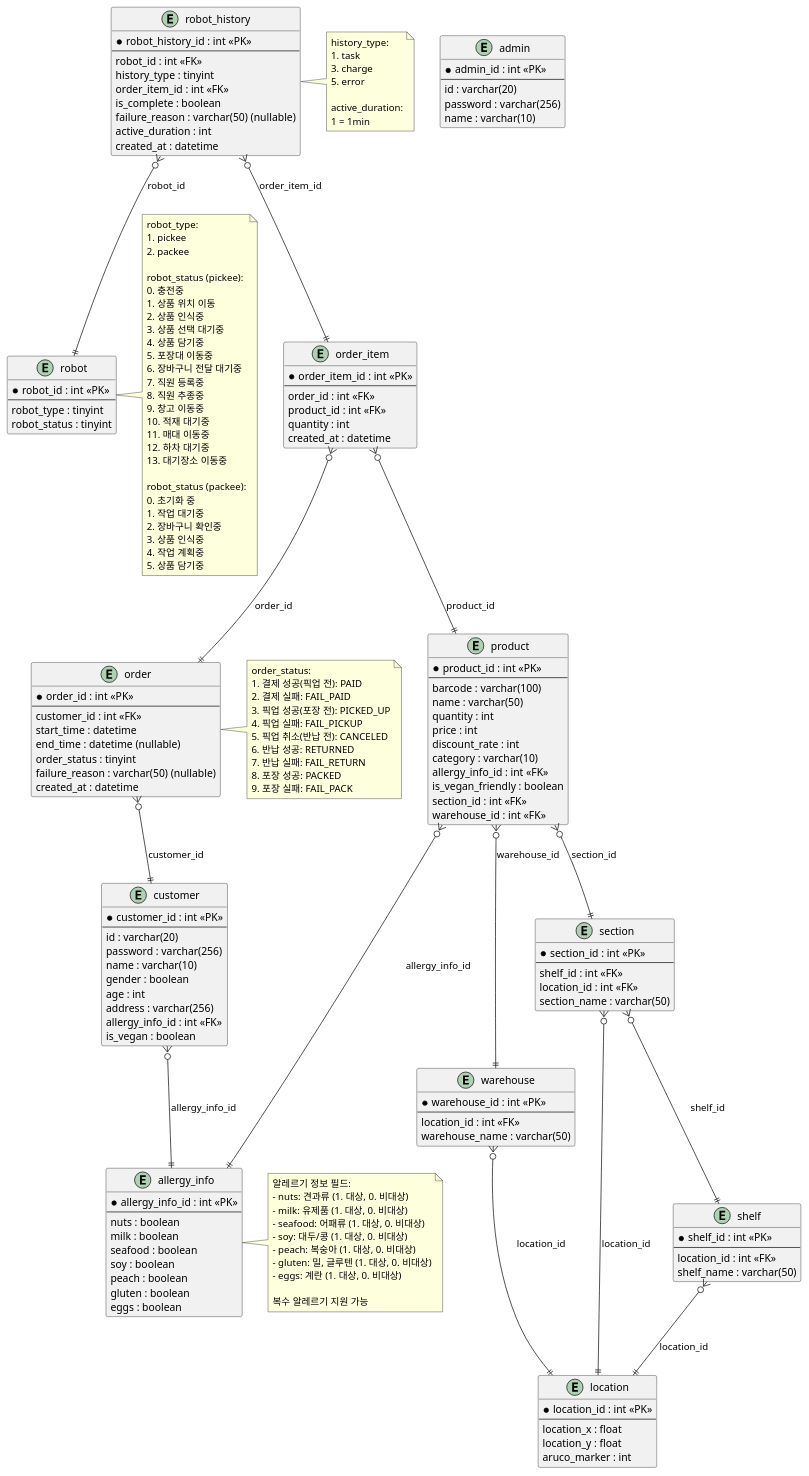
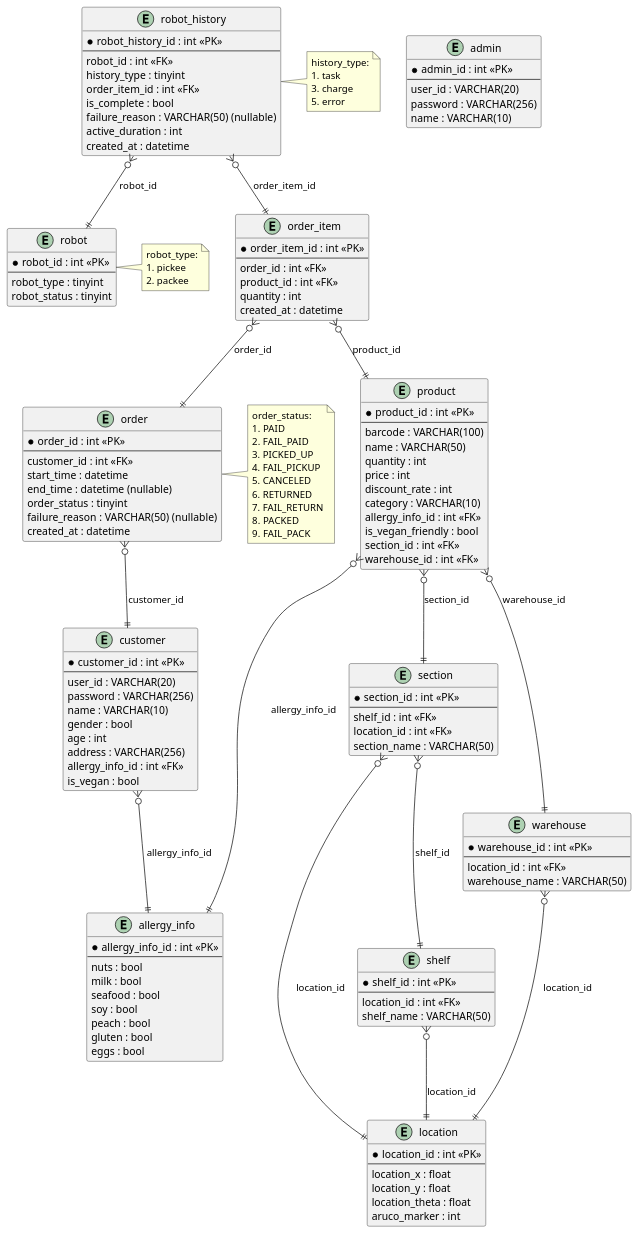
Before and after one commit to addinedu-roscamp-7th/roscamp-repo-1: the diagram in docs/ERDiagram/ERDiagram.md, drawn with PlantUML. The commit also changed 40 other files, not shown here.

```diff
--- a/docs/ERDiagram/ERDiagram.md
+++ b/docs/ERDiagram/ERDiagram.md
@@ -4,51 +4,66 @@
 '  Entity Definitions
 ' ==========================
 
-entity "customer" as customer {
+entity "admin" {
+  * admin_id : int <<PK>>
+  --
+  user_id : VARCHAR(20)
+  password : VARCHAR(256)
+  name : VARCHAR(10)
+}
+
+entity "customer" {
   * customer_id : int <<PK>>
   --
-  id : varchar(20)
-  password : varchar(256)
-  name : varchar(10)
-  gender : boolean
+  user_id : VARCHAR(20)
+  password : VARCHAR(256)
+  name : VARCHAR(10)
+  gender : bool
   age : int
-  address : varchar(256)
+  address : VARCHAR(256)
   allergy_info_id : int <<FK>>
-  is_vegan : boolean
+  is_vegan : bool
 }
 
-entity "admin" as admin {
-  * admin_id : int <<PK>>
+entity "allergy_info" {
+  * allergy_info_id : int <<PK>>
   --
-  id : varchar(20)
-  password : varchar(256)
-  name : varchar(10)
+  nuts : bool
+  milk : bool
+  seafood : bool
+  soy : bool
+  peach : bool
+  gluten : bool
+  eggs : bool
 }
 
-entity "allergy_info" as allergy_info {
-  * allergy_info_id : int <<PK>>
+entity "product" {
+  * product_id : int <<PK>>
   --
-  nuts : boolean
-  milk : boolean
-  seafood : boolean
-  soy : boolean
-  peach : boolean
-  gluten : boolean
-  eggs : boolean
+  barcode : VARCHAR(100)
+  name : VARCHAR(50)
+  quantity : int
+  price : int
+  discount_rate : int
+  category : VARCHAR(10)
+  allergy_info_id : int <<FK>>
+  is_vegan_friendly : bool
+  section_id : int <<FK>>
+  warehouse_id : int <<FK>>
 }
 
-entity "order" as order {
+entity "order" {
   * order_id : int <<PK>>
   --
   customer_id : int <<FK>>
   start_time : datetime
   end_time : datetime (nullable)
   order_status : tinyint
-  failure_reason : varchar(50) (nullable)
+  failure_reason : VARCHAR(50) (nullable)
   created_at : datetime
 }
 
-entity "order_item" as order_item {
+entity "order_item" {
   * order_item_id : int <<PK>>
   --
   order_id : int <<FK>>
@@ -57,68 +72,54 @@
   created_at : datetime
 }
 
-entity "product" as product {
-  * product_id : int <<PK>>
-  --
-  barcode : varchar(100)
-  name : varchar(50)
-  quantity : int
-  price : int
-  discount_rate : int
-  category : varchar(10)
-  allergy_info_id : int <<FK>>
-  is_vegan_friendly : boolean
-  section_id : int <<FK>>
-  warehouse_id : int <<FK>>
-}
-
-entity "robot" as robot {
+entity "robot" {
   * robot_id : int <<PK>>
   --
   robot_type : tinyint
   robot_status : tinyint
 }
 
-entity "robot_history" as robot_history {
+entity "robot_history" {
   * robot_history_id : int <<PK>>
   --
   robot_id : int <<FK>>
   history_type : tinyint
   order_item_id : int <<FK>>
-  is_complete : boolean
-  failure_reason : varchar(50) (nullable)
+  is_complete : bool
+  failure_reason : VARCHAR(50) (nullable)
   active_duration : int
   created_at : datetime
 }
 
-entity "warehouse" as warehouse {
-  * warehouse_id : int <<PK>>
-  --
-  location_id : int <<FK>>
-  warehouse_name : varchar(50)
-}
-
-entity "location" as location {
+entity "location" {
   * location_id : int <<PK>>
   --
   location_x : float
   location_y : float
+  location_theta : float
   aruco_marker : int
 }
 
-entity "shelf" as shelf {
-  * shelf_id : int <<PK>>
-  --
-  location_id : int <<FK>>
-  shelf_name : varchar(50)
-}
-
-entity "section" as section {
+entity "section" {
   * section_id : int <<PK>>
   --
   shelf_id : int <<FK>>
   location_id : int <<FK>>
-  section_name : varchar(50)
+  section_name : VARCHAR(50)
+}
+
+entity "shelf" {
+  * shelf_id : int <<PK>>
+  --
+  location_id : int <<FK>>
+  shelf_name : VARCHAR(50)
+}
+
+entity "warehouse" {
+  * warehouse_id : int <<PK>>
+  --
+  location_id : int <<FK>>
+  warehouse_name : VARCHAR(50)
 }
 
 ' ==========================
@@ -139,74 +140,35 @@
 section }o--|| shelf : "shelf_id"
 section }o--|| location : "location_id"
 
+
 ' ==========================
 '  Notes
 ' ==========================
 
-note right of order
+note right of order {
   order_status:
-  1. 결제 성공(픽업 전): PAID
-  2. 결제 실패: FAIL_PAID
-  3. 픽업 성공(포장 전): PICKED_UP
-  4. 픽업 실패: FAIL_PICKUP
-  5. 픽업 취소(반납 전): CANCELED
-  6. 반납 성공: RETURNED
-  7. 반납 실패: FAIL_RETURN
-  8. 포장 성공: PACKED
-  9. 포장 실패: FAIL_PACK
-end note
+  1. PAID
+  2. FAIL_PAID
+  3. PICKED_UP
+  4. FAIL_PICKUP
+  5. CANCELED
+  6. RETURNED
+  7. FAIL_RETURN
+  8. PACKED
+  9. FAIL_PACK
+}
 
-note right of robot
+note right of robot {
   robot_type:
   1. pickee
   2. packee
+}
 
-  robot_status (pickee):
-  0. 충전중
-  1. 상품 위치 이동
-  2. 상품 인식중
-  3. 상품 선택 대기중
-  4. 상품 담기중
-  5. 포장대 이동중
-  6. 장바구니 전달 대기중
-  7. 직원 등록중
-  8. 직원 추종중
-  9. 창고 이동중
-  10. 적재 대기중
-  11. 매대 이동중
-  12. 하차 대기중
-  13. 대기장소 이동중
-
-  robot_status (packee):
-  0. 초기화 중
-  1. 작업 대기중
-  2. 장바구니 확인중
-  3. 상품 인식중
-  4. 작업 계획중
-  5. 상품 담기중
-end note
-
-note right of robot_history
+note right of robot_history {
   history_type:
   1. task
   3. charge
   5. error
-
-  active_duration:
-  1 = 1min
-end note
-
-note right of allergy_info
-  알레르기 정보 필드:
-  - nuts: 견과류 (1. 대상, 0. 비대상)
-  - milk: 유제품 (1. 대상, 0. 비대상)
-  - seafood: 어패류 (1. 대상, 0. 비대상)
-  - soy: 대두/콩 (1. 대상, 0. 비대상)
-  - peach: 복숭아 (1. 대상, 0. 비대상)
-  - gluten: 밀, 글루텐 (1. 대상, 0. 비대상)
-  - eggs: 계란 (1. 대상, 0. 비대상)
-  
-  복수 알레르기 지원 가능
-end note
+}
 
 @enduml
```
